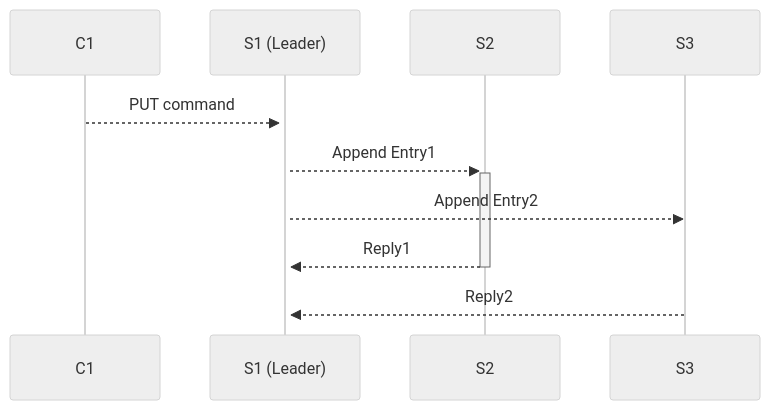
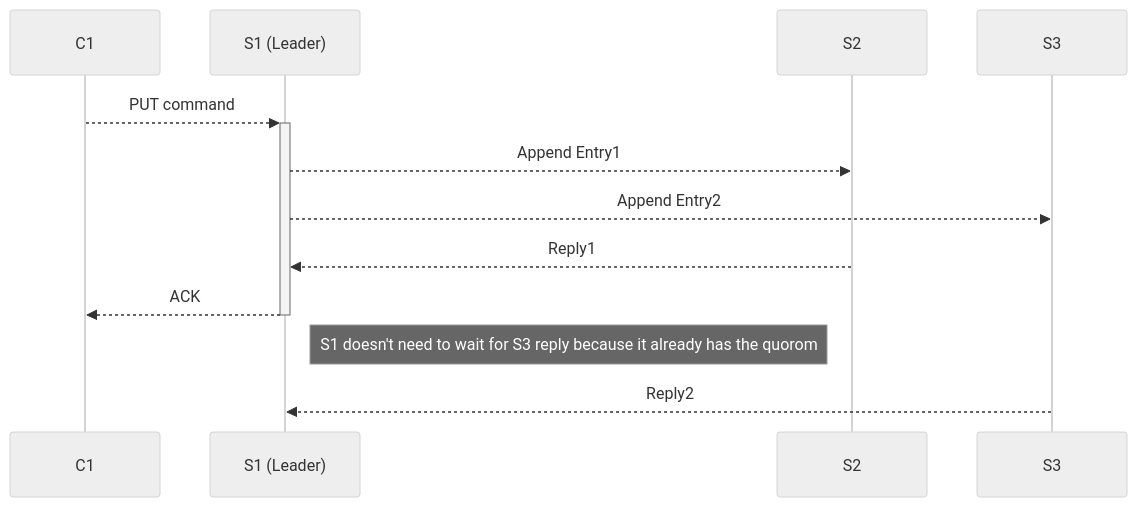
One commit to zanymuzik/notes changed the third of 3 diagrams in MIT - Lec 6 - Raft (1).md. Above: the diagram before and after it, drawn with Mermaid (neutral theme). The commit also changed other lines of this file, not shown here.

````diff
--- a/MIT - Lec 6 - Raft (1).md
+++ b/MIT - Lec 6 - Raft (1).md
@@ -109,9 +109,11 @@
 ```mermaid
 sequenceDiagram
 C1-->>+S1: PUT command
 participant S1 as S1 (Leader)
-S1-->>+S2: Append Entry1
+S1-->>S2: Append Entry1
 S1-->>S3: Append Entry2
-S2-->>-S1: Reply1
+S2-->>S1: Reply1
+S1-->>-C1: ACK
+Note right of S1: S1 doesn't need to wait for S3 reply because it already has the quorom
 S3-->>S1: Reply2
 ```
````
